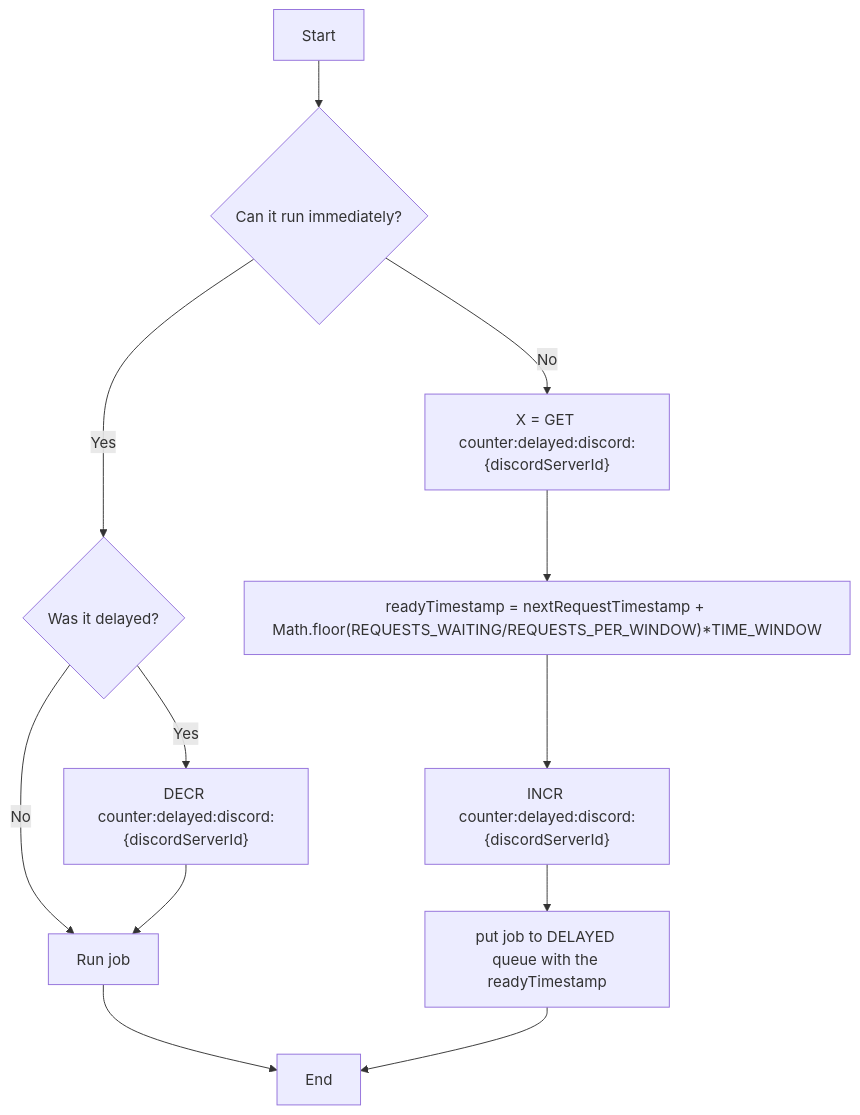
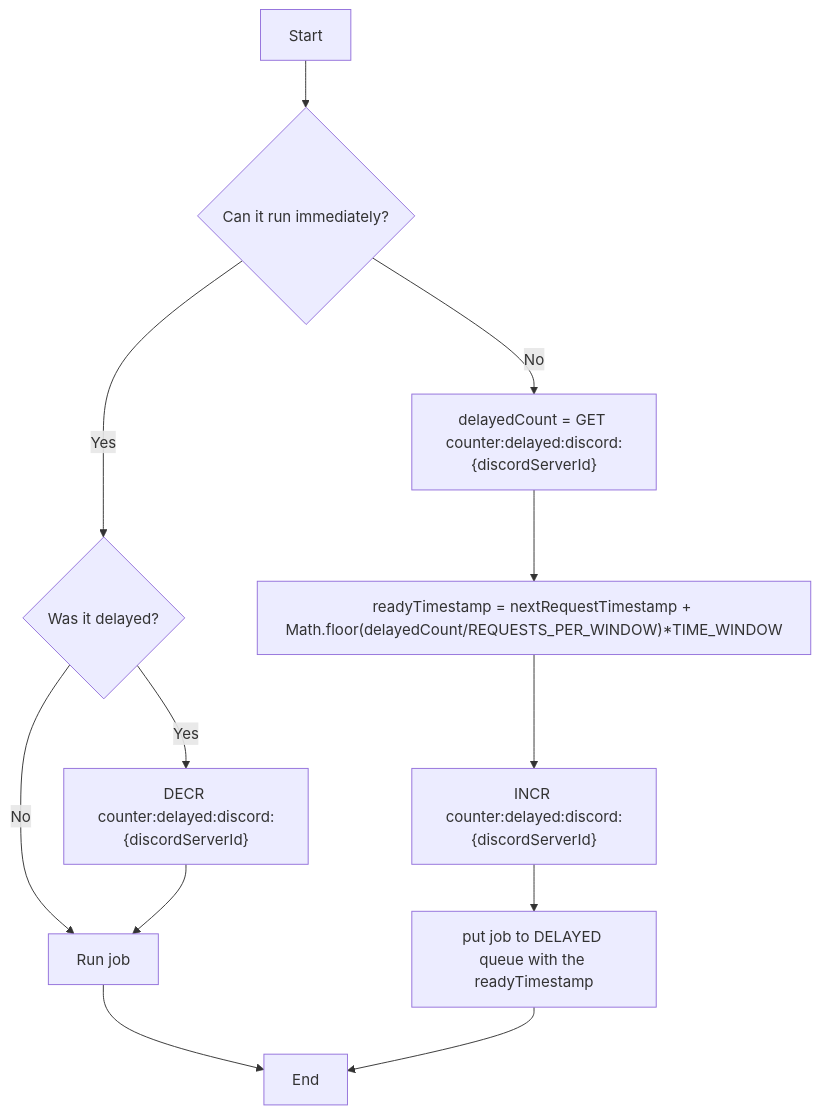
Before and after one commit to guildxyz/guild-queues: the diagram in docs/discord_delay.md, drawn with Mermaid.

````diff
--- a/docs/discord_delay.md
+++ b/docs/discord_delay.md
@@ -7,14 +7,14 @@
 ```mermaid
 flowchart TD
     A[Start] --> B{Can it run immediately?}
     B -->|Yes| C{Was it delayed?}
     C -->|Yes| H["DECR counter:delayed:discord:{discordServerId}"]
     C -->|No| I["Run job"]
     H --> I
-    B -->|No| D["X = GET counter:delayed:discord:{discordServerId}"]
-    D --> E["readyTimestamp = nextRequestTimestamp + <br>Math.floor(REQUESTS_WAITING/REQUESTS_PER_WINDOW)*TIME_WINDOW"]
+    B -->|No| D["delayedCount = GET counter:delayed:discord:{discordServerId}"]
+    D --> E["readyTimestamp = nextRequestTimestamp + <br>Math.floor(delayedCount/REQUESTS_PER_WINDOW)*TIME_WINDOW"]
     E --> F["INCR counter:delayed:discord:{discordServerId}"]
     F --> G["put job to DELAYED queue with the readyTimestamp"]
     I --> J["End"]
     G --> J
 ```
````
